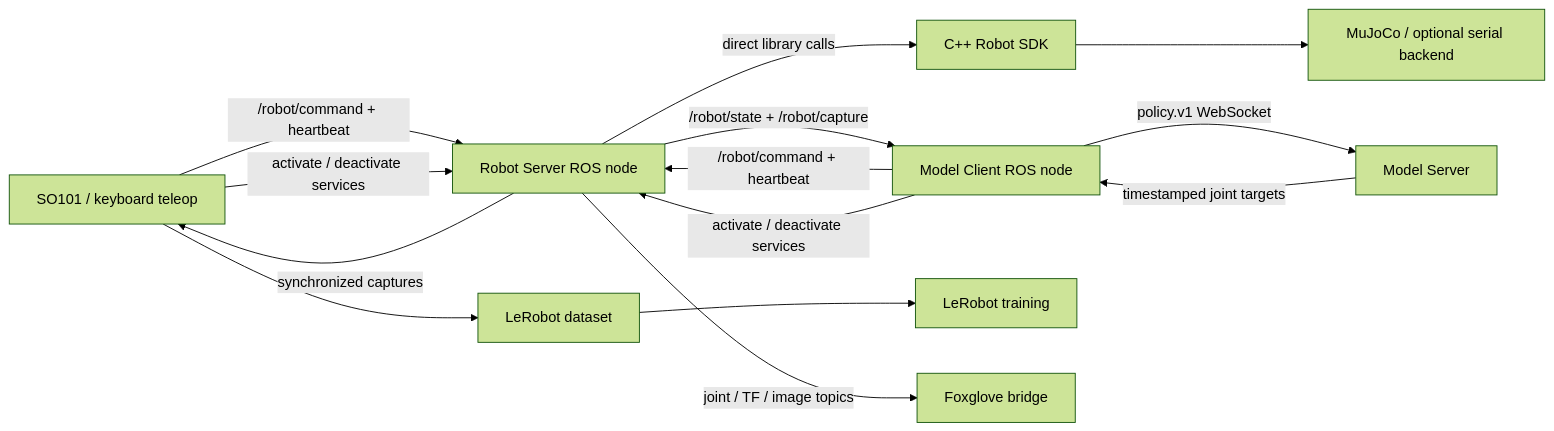
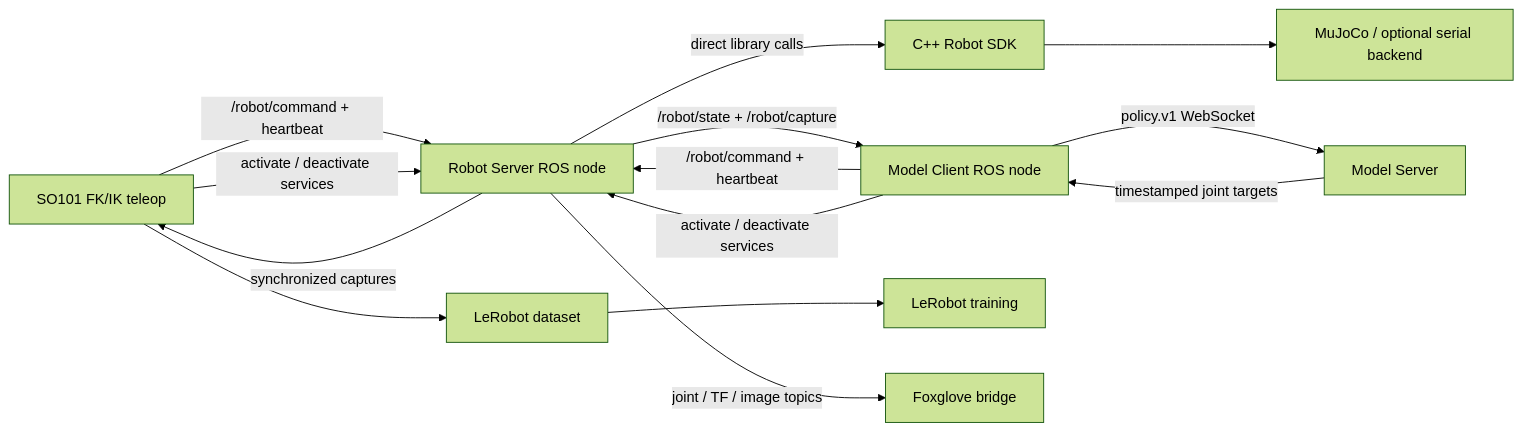
The diagram in docs/reference/architecture.md (marcusoberg/robot_ws), drawn with Mermaid (forest theme) before and after one commit. The commit also changed other lines of this file and 85 other files, not shown here.

````diff
--- a/docs/reference/architecture.md
+++ b/docs/reference/architecture.md
@@ -3,16 +3,16 @@
 ```mermaid
 flowchart LR
-    Teleop[SO101 / keyboard teleop] -->|/robot/command + heartbeat| Server[Robot Server ROS node]
+    Teleop[SO101 FK/IK teleop] -->|/robot/command + heartbeat| Server[Robot Server ROS node]
     Client[Model Client ROS node] -->|/robot/command + heartbeat| Server
     Teleop -->|activate / deactivate services| Server
     Client -->|activate / deactivate services| Server
     Server -->|direct library calls| SDK[C++ Robot SDK]
     SDK --> Backend[MuJoCo / optional serial backend]
     Server -->|/robot/state + /robot/capture| Client
     Client -->|policy.v1 WebSocket| Model[Model Server]
     Model -->|timestamped joint targets| Client
     Server -->|synchronized captures| Teleop
     Teleop --> Dataset[LeRobot dataset]
     Dataset --> Training[LeRobot training]
     Server -->|joint / TF / image topics| Foxglove[Foxglove bridge]
 ```
````
